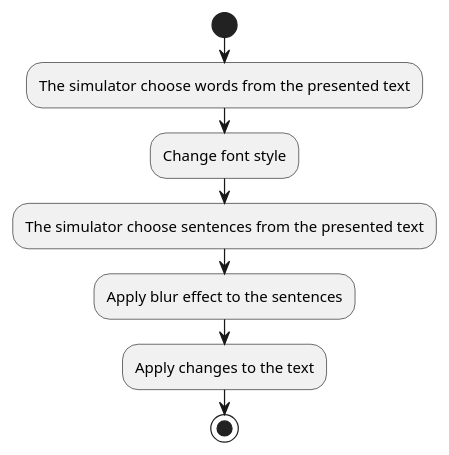
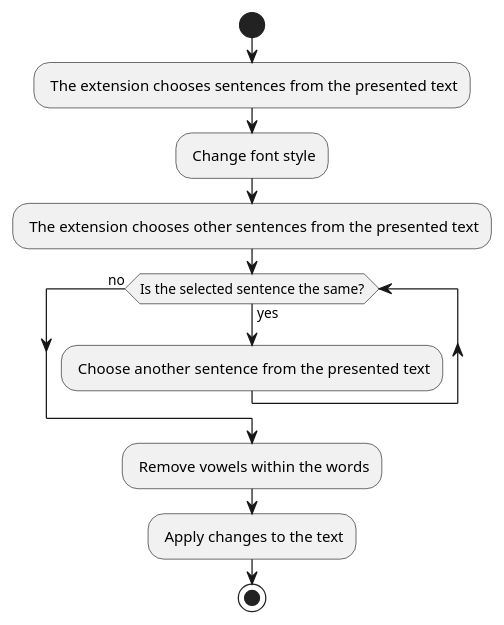
One commit to Muhammed-als/Dyslexia-Simulator changed the diagram in diagrams/flow_diagrams/surface.puml. Above: the diagram before and after it, drawn with PlantUML. The commit also changed 23 other files, not shown here.

Commit message:
diagrams and files are updated

```diff
--- a/diagrams/flow_diagrams/surface.puml
+++ b/diagrams/flow_diagrams/surface.puml
@@ -1,11 +1,14 @@
 @startuml surface
 start
 
-:The simulator choose words from the presented text;
-:Change font style;
-:The simulator choose sentences from the presented text;
-:Apply blur effect to the sentences;
-:Apply changes to the text;
+: The extension chooses sentences from the presented text;
+: Change font style;
+: The extension chooses other sentences from the presented text;
+while (Is the selected sentence the same?) is (yes)
+    : Choose another sentence from the presented text;
+endwhile (no)
+: Remove vowels within the words;
+: Apply changes to the text;
 
 stop
 @enduml
```
